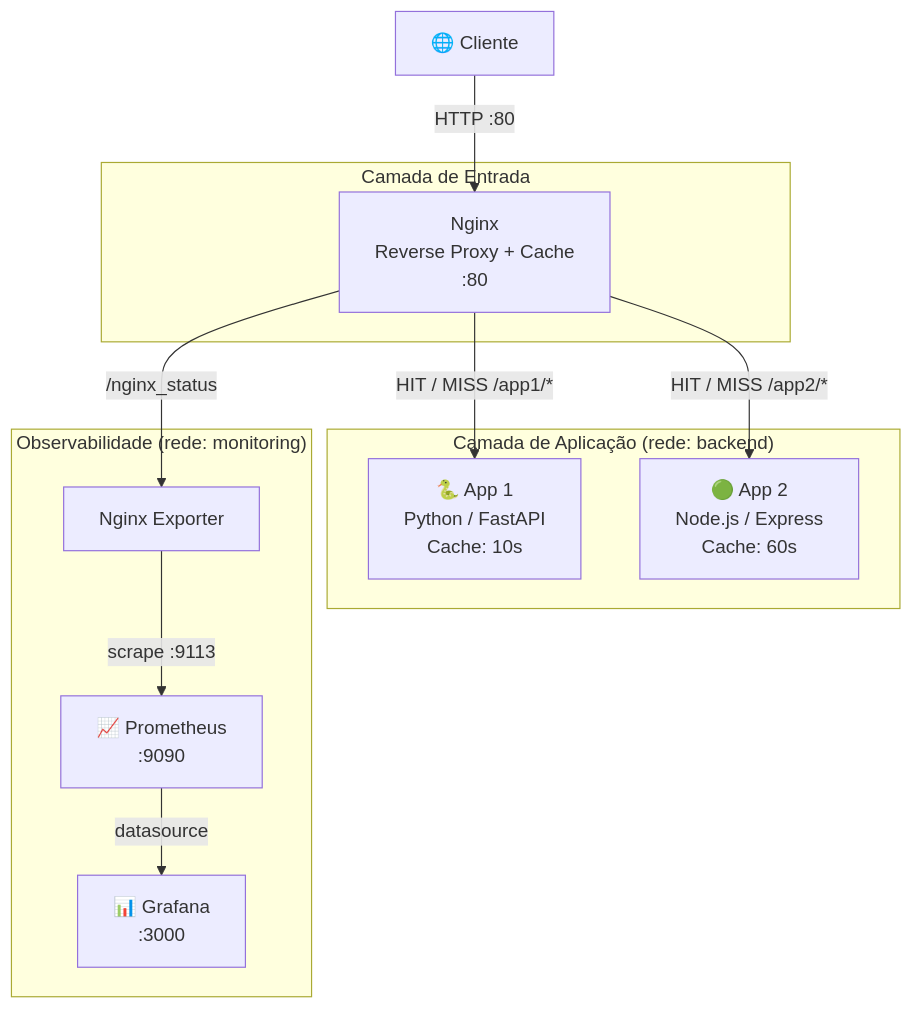
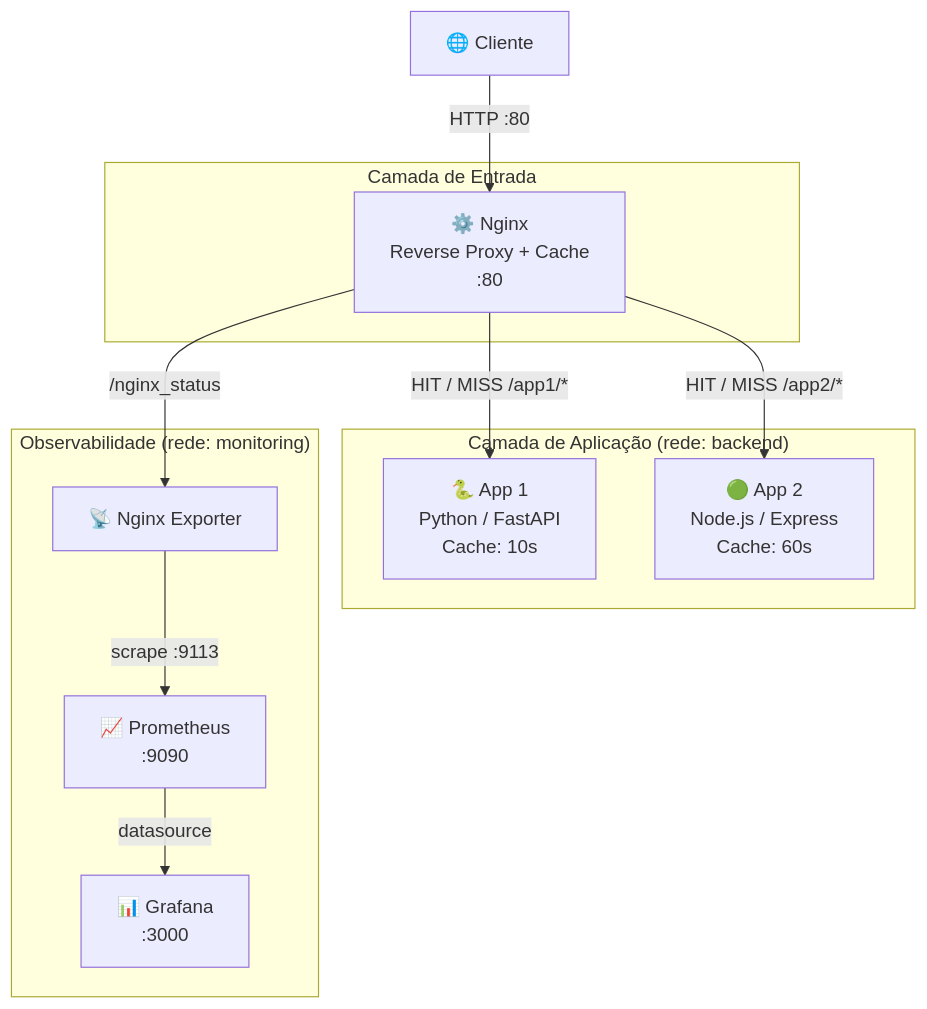
The first of 6 diagrams in docs/architecture.md (wilsongomes345/to-brasil), drawn with Mermaid before and after one commit. The commit also changed other lines of this file and 10 other files, not shown here.

````diff
--- a/docs/architecture.md
+++ b/docs/architecture.md
@@ -18,26 +20,26 @@
 ```mermaid
 graph TB
     Client["🌐 Cliente"]
 
     subgraph proxy["Camada de Entrada"]
-        Nginx["Nginx\nReverse Proxy + Cache\n:80"]
+        Nginx["⚙️ Nginx\nReverse Proxy + Cache\n:80"]
     end
 
     subgraph apps["Camada de Aplicação  (rede: backend)"]
         App1["🐍 App 1\nPython / FastAPI\nCache: 10s"]
         App2["🟢 App 2\nNode.js / Express\nCache: 60s"]
     end
 
     subgraph obs["Observabilidade  (rede: monitoring)"]
-        NginxExp["Nginx Exporter"]
+        NginxExp["📡 Nginx Exporter"]
         Prometheus["📈 Prometheus\n:9090"]
         Grafana["📊 Grafana\n:3000"]
     end
 
     Client -->|"HTTP :80"| Nginx
     Nginx -->|"HIT / MISS  /app1/*"| App1
     Nginx -->|"HIT / MISS  /app2/*"| App2
     Nginx -->|"/nginx_status"| NginxExp
     NginxExp -->|"scrape :9113"| Prometheus
     Prometheus -->|"datasource"| Grafana
 ```
````
